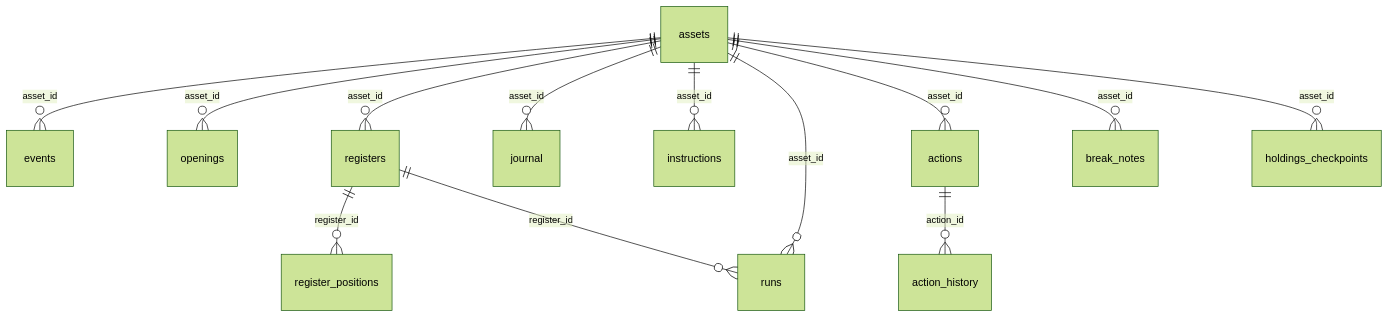
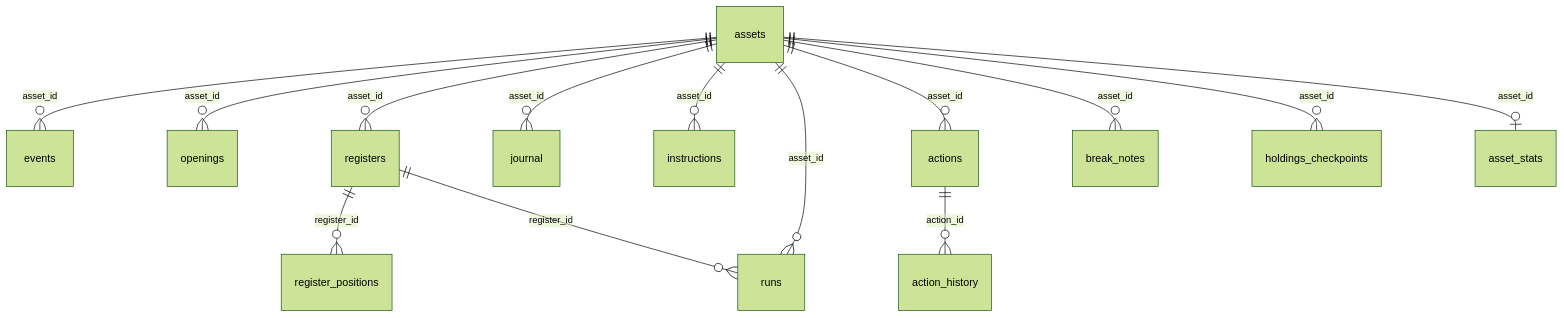
The first of 2 diagrams in docs/schema.md (useconcord/concord), drawn with Mermaid (forest theme) before and after one commit. The commit also changed other lines of this file and 9 other files, not shown here.

````diff
--- a/docs/schema.md
+++ b/docs/schema.md
@@ -39,15 +39,16 @@
 ```mermaid
 erDiagram
     assets ||--o{ events : "asset_id"
     assets ||--o{ openings : "asset_id"
     assets ||--o{ registers : "asset_id"
     assets ||--o{ journal : "asset_id"
     assets ||--o{ instructions : "asset_id"
     assets ||--o{ runs : "asset_id"
     assets ||--o{ actions : "asset_id"
     assets ||--o{ break_notes : "asset_id"
     assets ||--o{ holdings_checkpoints : "asset_id"
     actions ||--o{ action_history : "action_id"
+    assets ||--o| asset_stats : "asset_id"
     registers ||--o{ register_positions : "register_id"
     registers ||--o{ runs : "register_id"
 ```
````
